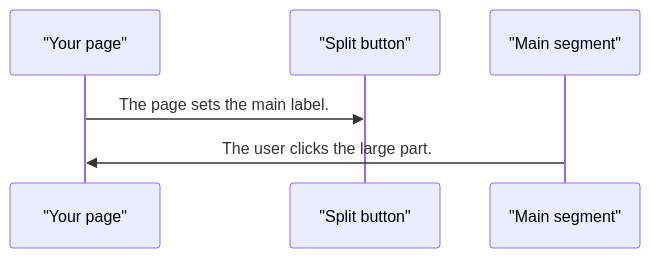
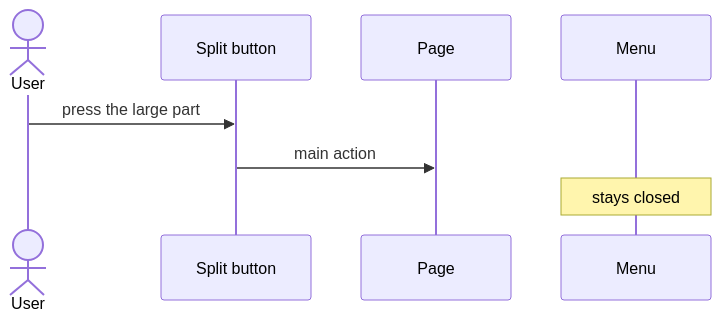
The second of 4 diagrams in projects/pixel-ui/src/lib/pixel-split-button/DESIGN.md (RajshekharBorate/pixel-ui), drawn with Mermaid before and after one commit. The commit also changed other lines of this file and 73 other files, not shown here.

Commit message:
Explain who owns each value and what each flow does in every component and service design.

````diff
--- a/projects/pixel-ui/src/lib/pixel-split-button/DESIGN.md
+++ b/projects/pixel-ui/src/lib/pixel-split-button/DESIGN.md
@@ -54,8 +69,10 @@
 ```mermaid
 sequenceDiagram
-  participant page as "Your page"
-  participant split as "Split button"
-  participant main as "Main segment"
-  page->>split: The page sets the main label.
-  main->>page: The user clicks the large part.
+  actor User
+  participant Split as Split button
+  participant Page
+  participant Menu
+  User->>Split: press the large part
+  Split->>Page: main action
+  Note over Menu: stays closed
 ```
````
